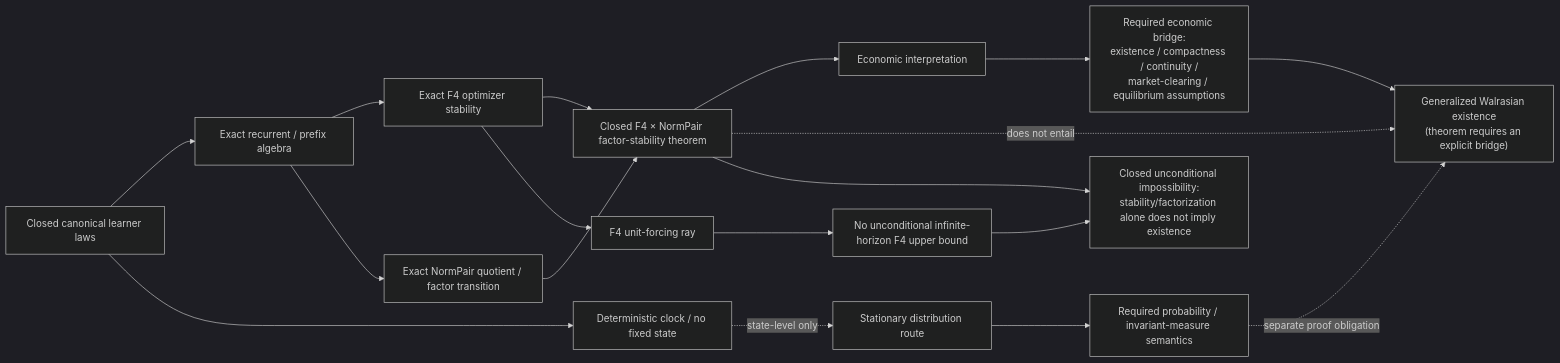
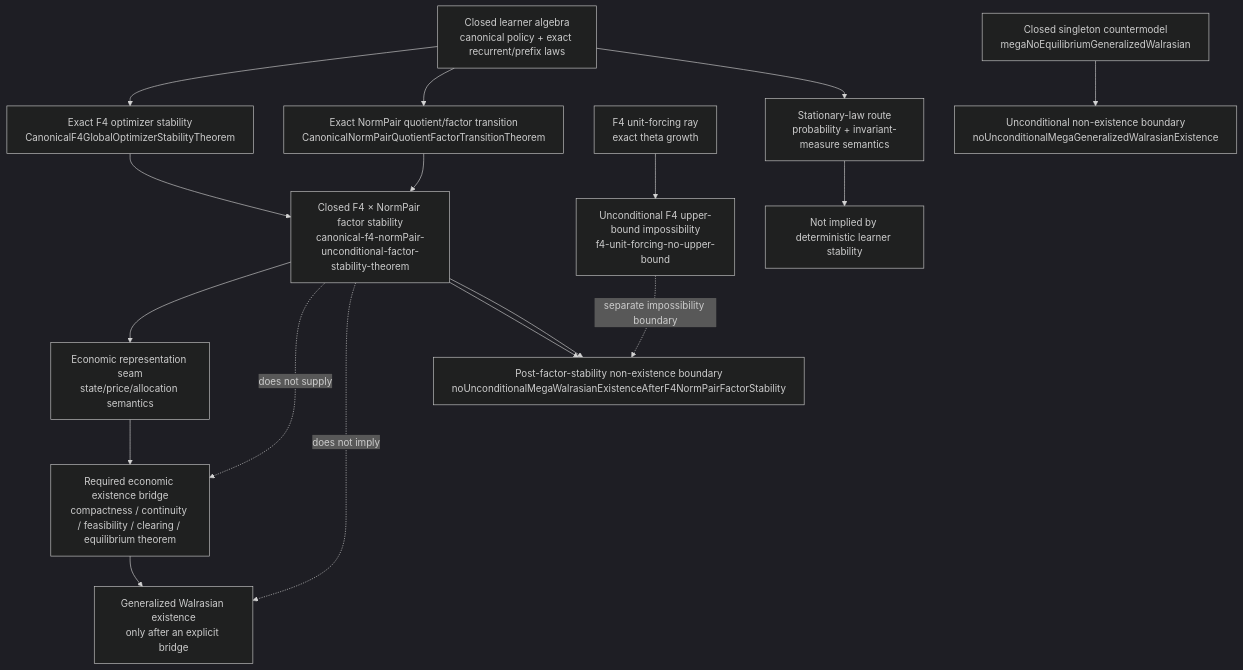
Before and after one commit to JohnChristianD/Actions: the diagram in .ci/discovery/f4-normpair-economic-unconditionality.mmd, drawn with Mermaid (dark theme).

Commit message:
Graph closed theorem composition and required economic bridge

```diff
--- a/.ci/discovery/f4-normpair-economic-unconditionality.mmd
+++ b/.ci/discovery/f4-normpair-economic-unconditionality.mmd
@@ -1,41 +1,32 @@
-flowchart LR
-  L["Closed canonical learner laws"]
-  R["Exact recurrent / prefix algebra"]
-  F4["Exact F4 optimizer stability"]
-  Q["Exact NormPair quotient / factor transition"]
-  C["Closed F4 × NormPair factor-stability theorem"]
-  G["F4 unit-forcing ray"]
-  U["No unconditional infinite-horizon F4 upper bound"]
+flowchart TD
+  A["Closed learner algebra<br/>canonical policy + exact recurrent/prefix laws"]
+  B["Exact F4 optimizer stability<br/>CanonicalF4GlobalOptimizerStabilityTheorem"]
+  C["Exact NormPair quotient/factor transition<br/>CanonicalNormPairQuotientFactorTransitionTheorem"]
+  D["Closed F4 × NormPair factor stability<br/>canonical-f4-normPair-unconditional-factor-stability-theorem"]
+  E["F4 unit-forcing ray<br/>exact theta growth"]
+  F["Unconditional F4 upper-bound impossibility<br/>f4-unit-forcing-no-upper-bound"]
+  G["Economic representation seam<br/>state/price/allocation semantics"]
+  H["Required economic existence bridge<br/>compactness / continuity / feasibility / clearing / equilibrium theorem"]
+  I["Generalized Walrasian existence<br/>only after an explicit bridge"]
+  J["Closed singleton countermodel<br/>megaNoEquilibriumGeneralizedWalrasian"]
+  K["Unconditional non-existence boundary<br/>noUnconditionalMegaGeneralizedWalrasianExistence"]
+  L["Post-factor-stability non-existence boundary<br/>noUnconditionalMegaWalrasianExistenceAfterF4NormPairFactorStability"]
+  M["Stationary-law route<br/>probability + invariant-measure semantics"]
+  N["Not implied by deterministic learner stability"]
 
-  E["Economic interpretation"]
-  B["Required economic bridge:
-existence / compactness / continuity /
-market-clearing / equilibrium assumptions"]
-  W["Generalized Walrasian existence
-(theorem requires an explicit bridge)"]
-  X["Closed unconditional impossibility:
-stability/factorization alone does not imply existence"]
-
-  S["Deterministic clock / no fixed state"]
-  M["Stationary distribution route"]
-  P["Required probability / invariant-measure semantics"]
-
-  L --> R
-  R --> F4
-  R --> Q
-  F4 --> C
-  Q --> C
-  F4 --> G
-  G --> U
-
-  C --> E
-  E --> B
-  B --> W
-  C -. "does not entail" .-> W
-  C --> X
-  U --> X
-
-  L --> S
-  S -. "state-level only" .-> M
-  M --> P
-  P -. "separate proof obligation" .-> W
+  A --> B
+  A --> C
+  B --> D
+  C --> D
+  D --> G
+  G --> H
+  H --> I
+  D -. "does not supply" .-> H
+  D -. "does not imply" .-> I
+  D --> L
+  J --> K
+  D --> L
+  E --> F
+  F -. "separate impossibility boundary" .-> L
+  A --> M
+  M --> N
```
